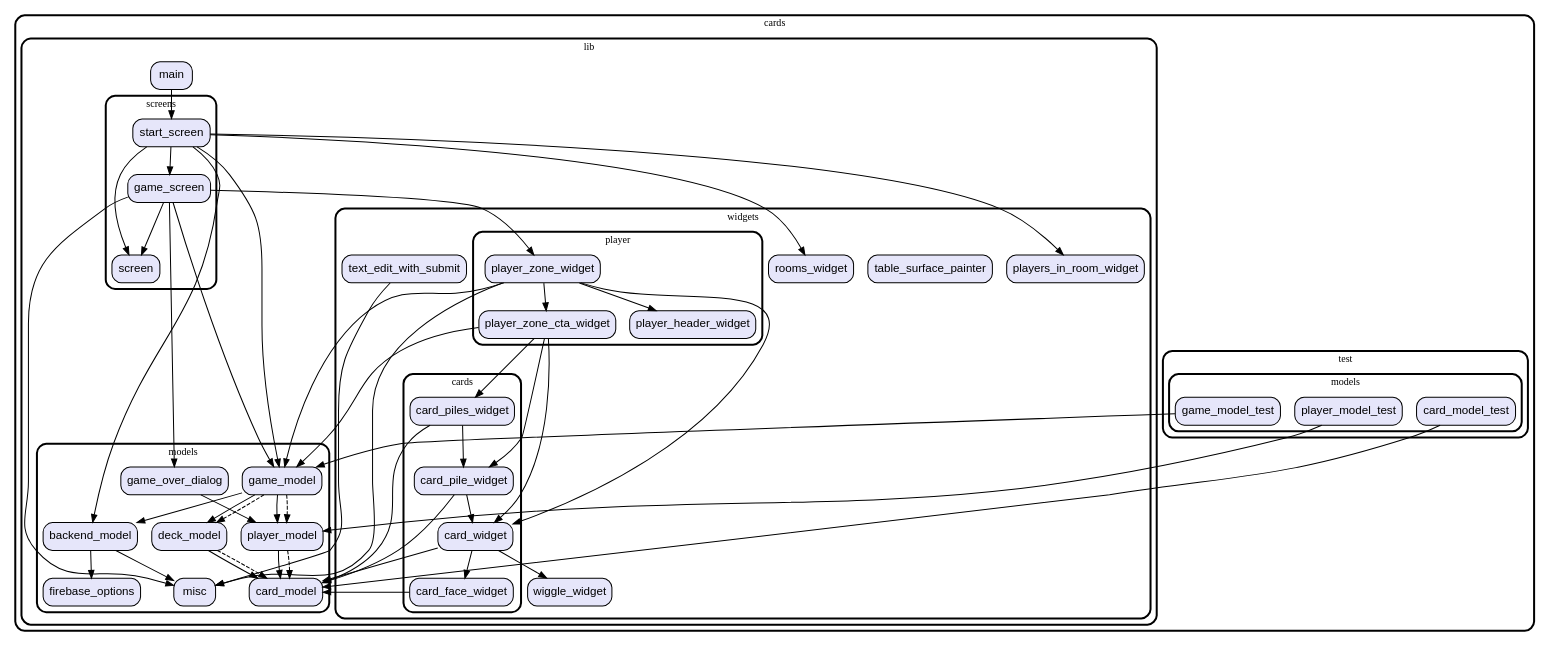
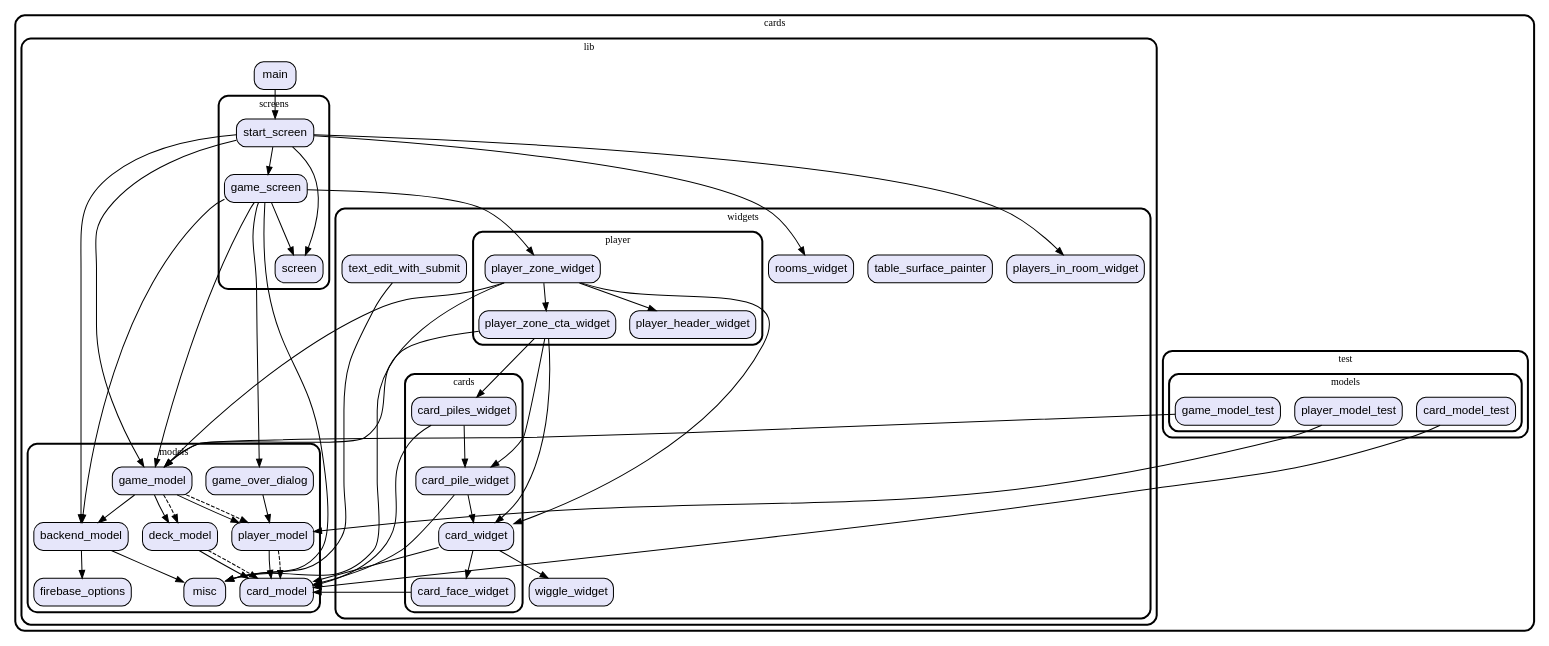
One commit to vteam-com/Cards changed the diagram in graph.dot. Above: the diagram before and after it, drawn with Graphviz. The commit also changed 13 other files, not shown here.

```diff
--- a/graph.dot
+++ b/graph.dot
@@ -1,131 +1,132 @@
 digraph "" {
   graph [style=rounded fontname="Arial Black" fontsize=13 penwidth=2.6];
   node [shape=rect style="filled,rounded" fontname=Arial fontsize=15 fillcolor=Lavender penwidth=1.3];
   edge [penwidth=1.3];
   "/test/models/game_model_test.dart" [label="game_model_test"];
   "/test/models/player_model_test.dart" [label="player_model_test"];
   "/test/models/card_model_test.dart" [label="card_model_test"];
   "/lib/models/game_model.dart" [label="game_model"];
   "/lib/models/game_over_dialog.dart" [label="game_over_dialog"];
   "/lib/models/firebase_options.dart" [label="firebase_options"];
   "/lib/models/player_model.dart" [label="player_model"];
   "/lib/models/misc.dart" [label="misc"];
   "/lib/models/card_model.dart" [label="card_model"];
   "/lib/models/backend_model.dart" [label="backend_model"];
   "/lib/models/deck_model.dart" [label="deck_model"];
   "/lib/screens/game_screen.dart" [label="game_screen"];
   "/lib/screens/start_screen.dart" [label="start_screen"];
   "/lib/screens/screen.dart" [label="screen"];
   "/lib/main.dart" [label="main"];
   "/lib/widgets/table_surface_painter.dart" [label="table_surface_painter"];
   "/lib/widgets/cards/card_pile_widget.dart" [label="card_pile_widget"];
   "/lib/widgets/cards/card_widget.dart" [label="card_widget"];
   "/lib/widgets/cards/card_face_widget.dart" [label="card_face_widget"];
   "/lib/widgets/cards/card_piles_widget.dart" [label="card_piles_widget"];
   "/lib/widgets/wiggle_widget.dart" [label="wiggle_widget"];
   "/lib/widgets/players_in_room_widget.dart" [label="players_in_room_widget"];
   "/lib/widgets/text_edit_with_submit.dart" [label="text_edit_with_submit"];
   "/lib/widgets/rooms_widget.dart" [label="rooms_widget"];
   "/lib/widgets/player/player_zone_cta_widget.dart" [label="player_zone_cta_widget"];
   "/lib/widgets/player/player_header_widget.dart" [label="player_header_widget"];
   "/lib/widgets/player/player_zone_widget.dart" [label="player_zone_widget"];
   subgraph "cluster~" {
     label="cards";
     subgraph "cluster~/test" {
       label="test";
       subgraph "cluster~/test/models" {
         label="models";
         "/test/models/game_model_test.dart";
         "/test/models/player_model_test.dart";
         "/test/models/card_model_test.dart";
       }
     }
     subgraph "cluster~/lib" {
       label="lib";
       "/lib/main.dart";
       subgraph "cluster~/lib/models" {
         label="models";
         "/lib/models/game_model.dart";
         "/lib/models/game_over_dialog.dart";
         "/lib/models/firebase_options.dart";
         "/lib/models/player_model.dart";
         "/lib/models/misc.dart";
         "/lib/models/card_model.dart";
         "/lib/models/backend_model.dart";
         "/lib/models/deck_model.dart";
       }
       subgraph "cluster~/lib/screens" {
         label="screens";
         "/lib/screens/game_screen.dart";
         "/lib/screens/start_screen.dart";
         "/lib/screens/screen.dart";
       }
       subgraph "cluster~/lib/widgets" {
         label="widgets";
         "/lib/widgets/table_surface_painter.dart";
         "/lib/widgets/wiggle_widget.dart";
         "/lib/widgets/players_in_room_widget.dart";
         "/lib/widgets/text_edit_with_submit.dart";
         "/lib/widgets/rooms_widget.dart";
         subgraph "cluster~/lib/widgets/cards" {
           label="cards";
           "/lib/widgets/cards/card_pile_widget.dart";
           "/lib/widgets/cards/card_widget.dart";
           "/lib/widgets/cards/card_face_widget.dart";
           "/lib/widgets/cards/card_piles_widget.dart";
         }
         subgraph "cluster~/lib/widgets/player" {
           label="player";
           "/lib/widgets/player/player_zone_cta_widget.dart";
           "/lib/widgets/player/player_header_widget.dart";
           "/lib/widgets/player/player_zone_widget.dart";
         }
       }
     }
   }
   "/test/models/game_model_test.dart" -> "/lib/models/game_model.dart";
   "/test/models/player_model_test.dart" -> "/lib/models/player_model.dart";
   "/test/models/card_model_test.dart" -> "/lib/models/card_model.dart";
   "/lib/models/game_model.dart" -> "/lib/models/backend_model.dart";
   "/lib/models/game_model.dart" -> "/lib/models/deck_model.dart";
   "/lib/models/game_model.dart" -> "/lib/models/player_model.dart";
   "/lib/models/game_model.dart" -> "/lib/models/deck_model.dart" [style=dashed];
   "/lib/models/game_model.dart" -> "/lib/models/player_model.dart" [style=dashed];
   "/lib/models/game_over_dialog.dart" -> "/lib/models/player_model.dart";
   "/lib/models/player_model.dart" -> "/lib/models/card_model.dart";
   "/lib/models/player_model.dart" -> "/lib/models/card_model.dart" [style=dashed];
   "/lib/models/backend_model.dart" -> "/lib/models/firebase_options.dart";
   "/lib/models/backend_model.dart" -> "/lib/models/misc.dart";
   "/lib/models/deck_model.dart" -> "/lib/models/card_model.dart";
   "/lib/models/deck_model.dart" -> "/lib/models/card_model.dart" [style=dashed];
+  "/lib/screens/game_screen.dart" -> "/lib/models/backend_model.dart";
   "/lib/screens/game_screen.dart" -> "/lib/models/game_model.dart";
   "/lib/screens/game_screen.dart" -> "/lib/models/game_over_dialog.dart";
   "/lib/screens/game_screen.dart" -> "/lib/models/misc.dart";
   "/lib/screens/game_screen.dart" -> "/lib/screens/screen.dart";
   "/lib/screens/game_screen.dart" -> "/lib/widgets/player/player_zone_widget.dart";
   "/lib/screens/start_screen.dart" -> "/lib/models/backend_model.dart";
   "/lib/screens/start_screen.dart" -> "/lib/models/game_model.dart";
   "/lib/screens/start_screen.dart" -> "/lib/screens/game_screen.dart";
   "/lib/screens/start_screen.dart" -> "/lib/screens/screen.dart";
   "/lib/screens/start_screen.dart" -> "/lib/widgets/players_in_room_widget.dart";
   "/lib/screens/start_screen.dart" -> "/lib/widgets/rooms_widget.dart";
   "/lib/main.dart" -> "/lib/screens/start_screen.dart";
   "/lib/widgets/cards/card_pile_widget.dart" -> "/lib/models/card_model.dart";
   "/lib/widgets/cards/card_pile_widget.dart" -> "/lib/widgets/cards/card_widget.dart";
   "/lib/widgets/cards/card_widget.dart" -> "/lib/models/card_model.dart";
   "/lib/widgets/cards/card_widget.dart" -> "/lib/widgets/cards/card_face_widget.dart";
   "/lib/widgets/cards/card_widget.dart" -> "/lib/widgets/wiggle_widget.dart";
   "/lib/widgets/cards/card_face_widget.dart" -> "/lib/models/card_model.dart";
   "/lib/widgets/cards/card_piles_widget.dart" -> "/lib/models/card_model.dart";
   "/lib/widgets/cards/card_piles_widget.dart" -> "/lib/widgets/cards/card_pile_widget.dart";
   "/lib/widgets/text_edit_with_submit.dart" -> "/lib/models/misc.dart";
   "/lib/widgets/player/player_zone_cta_widget.dart" -> "/lib/models/game_model.dart";
   "/lib/widgets/player/player_zone_cta_widget.dart" -> "/lib/widgets/cards/card_pile_widget.dart";
   "/lib/widgets/player/player_zone_cta_widget.dart" -> "/lib/widgets/cards/card_piles_widget.dart";
   "/lib/widgets/player/player_zone_cta_widget.dart" -> "/lib/widgets/cards/card_widget.dart";
   "/lib/widgets/player/player_zone_widget.dart" -> "/lib/models/game_model.dart";
   "/lib/widgets/player/player_zone_widget.dart" -> "/lib/models/misc.dart";
   "/lib/widgets/player/player_zone_widget.dart" -> "/lib/widgets/cards/card_widget.dart";
   "/lib/widgets/player/player_zone_widget.dart" -> "/lib/widgets/player/player_header_widget.dart";
   "/lib/widgets/player/player_zone_widget.dart" -> "/lib/widgets/player/player_zone_cta_widget.dart";
 }
```
